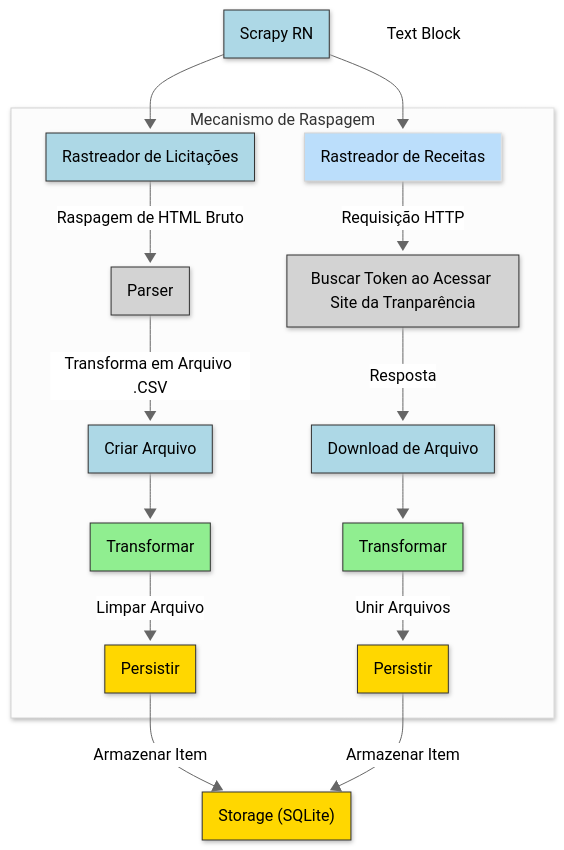
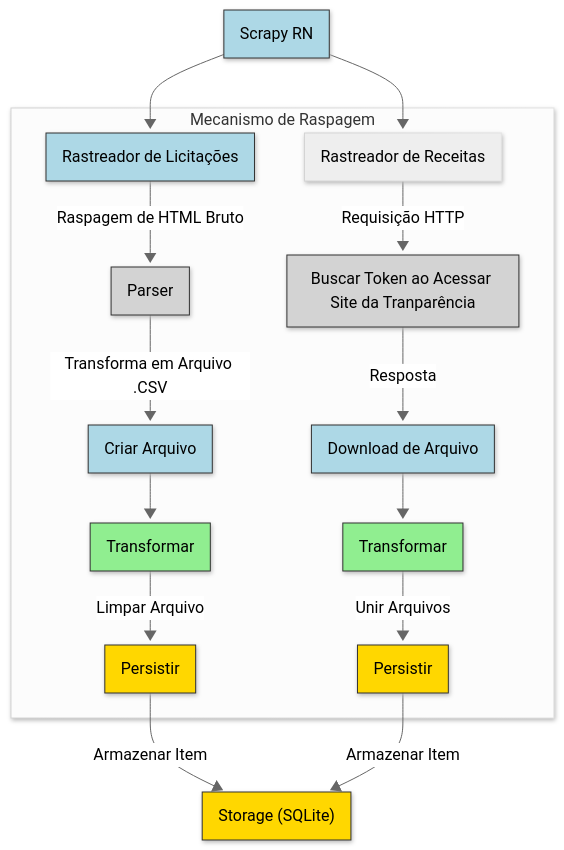
The diagram in README.md (anunciado/INF0233-ScrapyRN), drawn with Mermaid (neutral theme) before and after one commit.

Commit message:
feat: melhorando README.md

````diff
--- a/README.md
+++ b/README.md
@@ -52,58 +52,65 @@
 ```mermaid
 ---
 config:
   layout: dagre
   look: neo
 ---
 flowchart TB
  subgraph subGraph1["Mecanismo de Raspagem"]
         Spider["Rastreador de Licitações"]
         Middleware["Download de Arquivo"]
         Parser["Parser"]
         n2@{ label: "<span style=\"background-color:\">Rastreador de Receitas</span>" }
         ExternalSite["Buscar Token ao Acessar Site da Tranparência"]
         n3["Transformar"]
         n4["Persistir"]
         Validate["Transformar"]
         PersistStage["Persistir"]
         n6["Criar Arquivo"]
   end
     Scheduler["Scrapy RN"] -- <br> --> Spider
     ExternalSite -- Resposta --> Middleware
     Middleware -- <br> --> n3
     Spider -- Raspagem de HTML Bruto --> Parser
     PersistStage -- Armazenar Item --> Storage["Storage (SQLite)"]
     Validate -- "<span style=color:>Limpar Arquivo</span>" --> PersistStage
     Scheduler --> n2
     n2 -- "<span style=color:>Requisição HTTP</span>" --> ExternalSite
     n3 -- "<span style=color:>Unir Arquivos</span>" --> n4
     n4 -- "<span style=color:>Armazenar Item</span>" --> Storage
     Parser -- "<span style=color:>Transforma em Arquivo .CSV</span>" --> n6
     n6 -- <br> --> Validate
-    n7["Text Block"]
     n2@{ shape: rect}
     n3@{ shape: rect}
     n4@{ shape: rect}
     n6@{ shape: rect}
-    n7@{ shape: text}
      Spider:::network
      Middleware:::network
      Parser:::processing
      Parser:::external
      ExternalSite:::external
      n3:::processing
      n4:::storage
      Validate:::processing
      PersistStage:::storage
      n6:::network
      Scheduler:::network
      Storage:::storage
     classDef network fill:#ADD8E6,stroke:#333,stroke-width:1px
     classDef processing fill:#90EE90,stroke:#333,stroke-width:1px
     classDef storage fill:#FFD700,stroke:#333,stroke-width:1px
     classDef config fill:#D8BFD8,stroke:#333,stroke-width:1px
     classDef external fill:#D3D3D3, stroke:#333, stroke-width:1px
-    style n2 fill:#BBDEFB
+    style Spider color:#000000
+    style Middleware color:#000000
+    style Parser color:#000000
+    style n2 color:#000000
+    style ExternalSite color:#000000
+    style n3 color:#000000
+    style n4 color:#000000
+    style Validate color:#000000
+    style PersistStage color:#000000
+    style n6 color:#000000
     style Scheduler color:#000000
-    style n7 color:#000000
+    style Storage color:#000000
 ```
````
